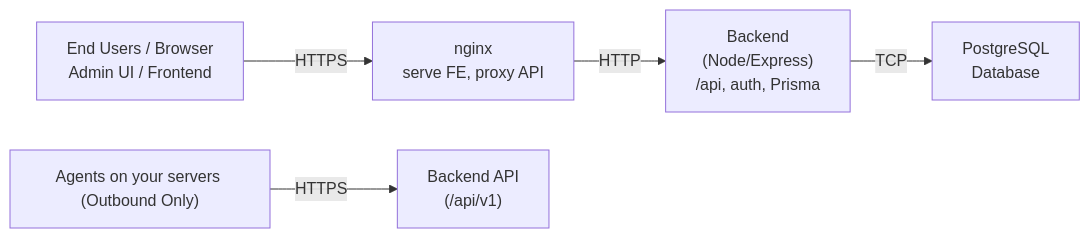
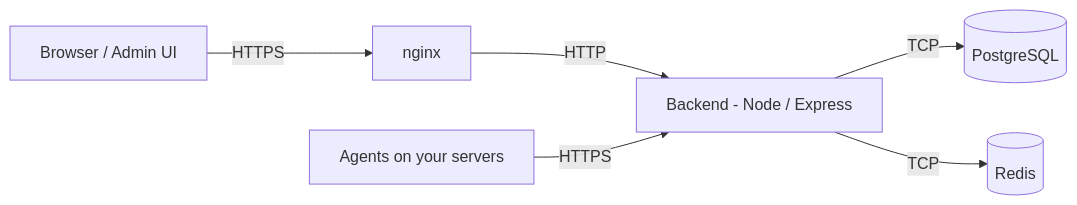
The diagram in README.md (PatchMon/PatchMon), drawn with Mermaid before and after one commit. The commit also changed other lines of this file and 3 other files, not shown here.

````diff
--- a/README.md
+++ b/README.md
@@ -159,8 +155,8 @@
 ```mermaid
 flowchart LR
-    A[End Users / Browser<br>Admin UI / Frontend] -- HTTPS --> B[nginx<br>serve FE, proxy API]
-    B -- HTTP --> C["Backend<br>(Node/Express)<br>/api, auth, Prisma"]
-    C -- TCP --> D[PostgreSQL<br>Database]
-
-    E["Agents on your servers (Outbound Only)"] -- HTTPS --> F["Backend API<br>(/api/v1)"]
+    A[Browser / Admin UI] -- HTTPS --> B[nginx]
+    B -- HTTP --> C[Backend - Node / Express]
+    C -- TCP --> D[(PostgreSQL)]
+    C -- TCP --> R[(Redis)]
+    E[Agents on your servers] -- HTTPS --> C
 ```
````
